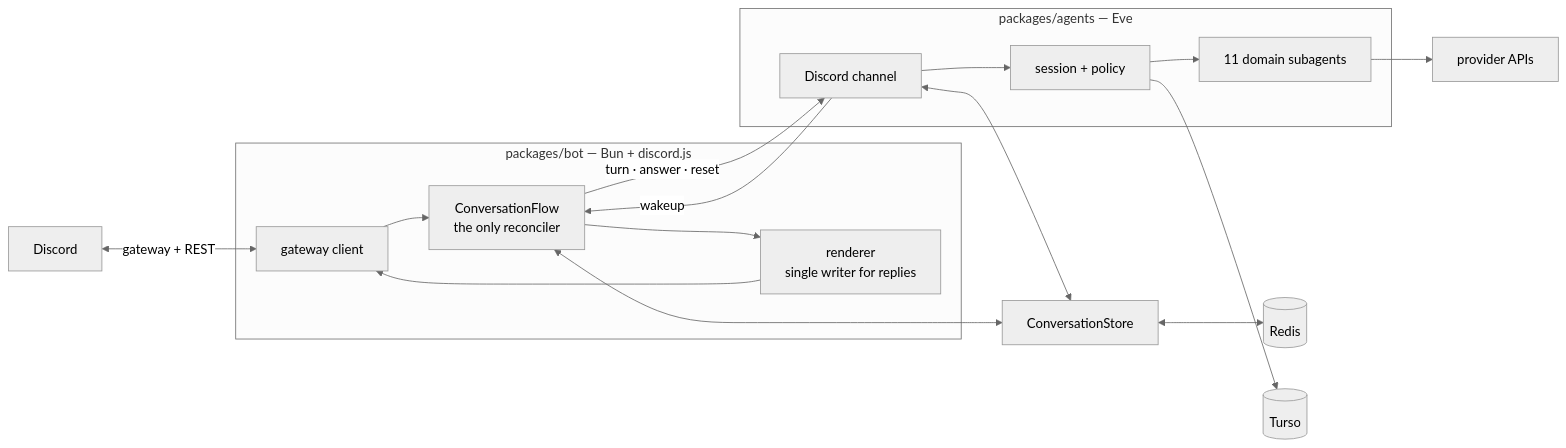
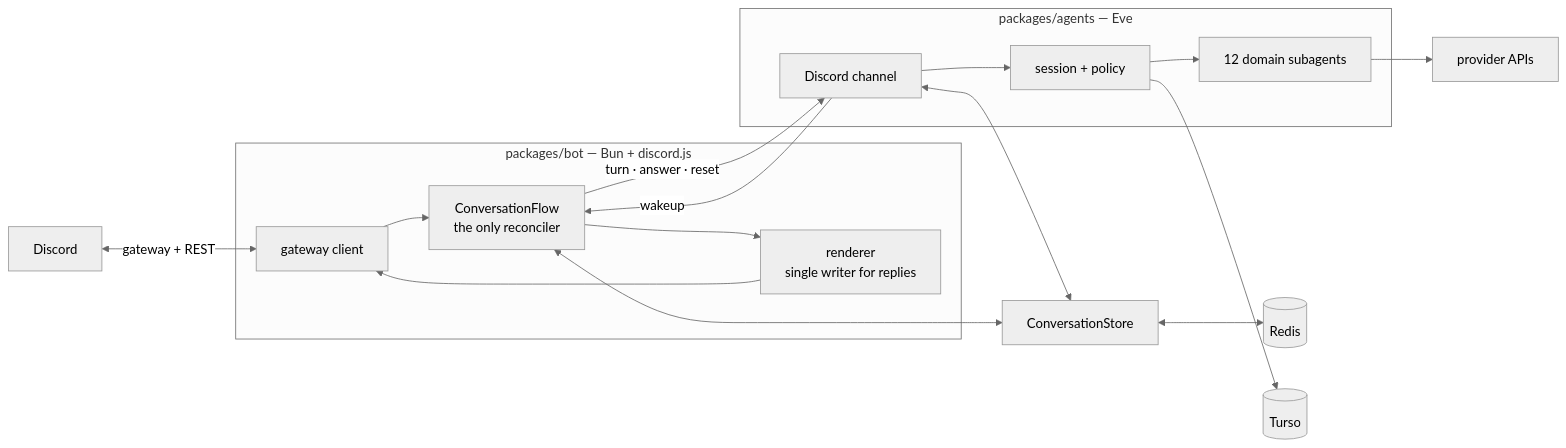
Before and after one commit to purduehackers/wack-hacker: the diagram in README.md, drawn with Mermaid (neutral theme). The commit also changed other lines of this file and 6 other files, not shown here.

````diff
--- a/README.md
+++ b/README.md
@@ -15,31 +15,31 @@
 ```mermaid
 flowchart LR
   D[Discord]
 
   subgraph bot["packages/bot — Bun + discord.js"]
     GW["gateway client"]
     FL["ConversationFlow<br/>the only reconciler"]
     RN["renderer<br/>single writer for replies"]
   end
 
   subgraph agents["packages/agents — Eve"]
     CH["Discord channel"]
     SE["session + policy"]
-    TO["11 domain subagents"]
+    TO["12 domain subagents"]
   end
 
   ST["ConversationStore"]
   R[("Redis")]
   T[("Turso")]
   API["provider APIs"]
 
   D <-->|gateway + REST| GW
   GW --> FL --> RN --> GW
   FL <--> ST
   CH <--> ST
   ST <--> R
   FL -->|turn · answer · reset| CH
   CH -->|wakeup| FL
   CH --> SE --> TO --> API
   SE --> T
 ```
````
